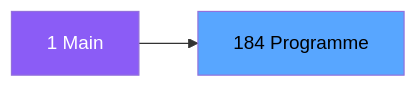
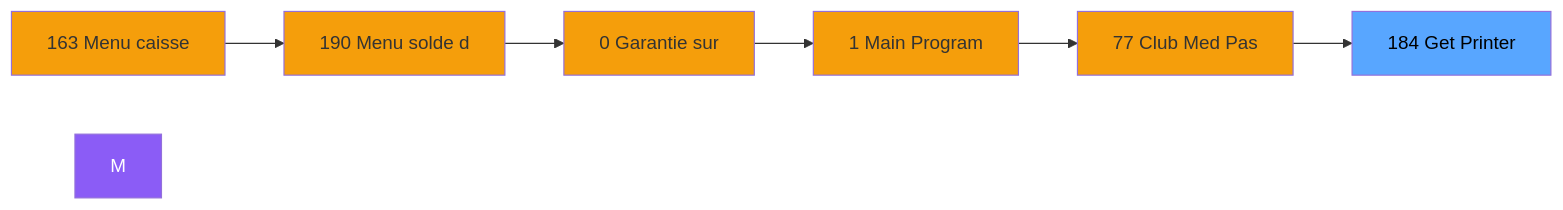
Before and after one commit to thonyAGP/magic-migration: the second of 3 diagrams in .openspec/specs/ADH-IDE-184.md, drawn with Mermaid. The commit also changed other lines of this file and 323 other files, not shown here.

````diff
--- a/.openspec/specs/ADH-IDE-184.md
+++ b/.openspec/specs/ADH-IDE-184.md
@@ -98,8 +108,21 @@
 ```mermaid
 graph LR
-    M[1 Main]
-    T[184 Programme]
-    M --> T
+    N163[163 Menu caisse ]
+    N190[190 Menu solde d]
+    N0[0 Garantie sur]
+    N1[1 Main Program]
+    N77[77 Club Med Pas]
+    T[184 Get Printer ]
+    N163 --> N190
+    N190 --> N0
+    N0 --> N1
+    N1 --> N77
+    N77 --> T
     style M fill:#8b5cf6,color:#fff
+    style N163 fill:#f59e0b
+    style N190 fill:#f59e0b
+    style N0 fill:#f59e0b
+    style N1 fill:#f59e0b
+    style N77 fill:#f59e0b
     style T fill:#58a6ff,color:#000
 ```
````
